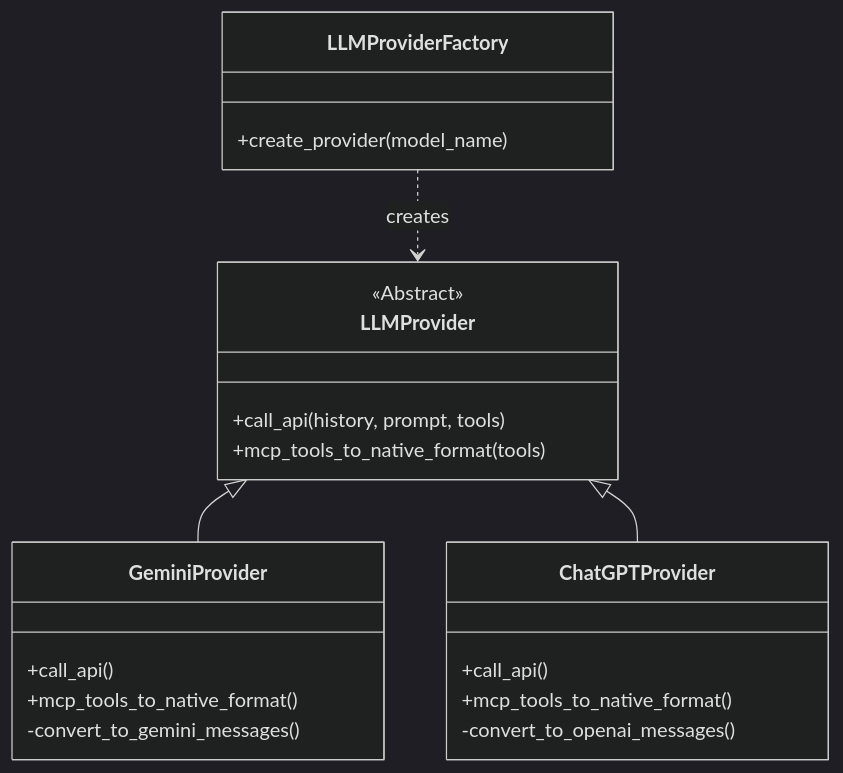
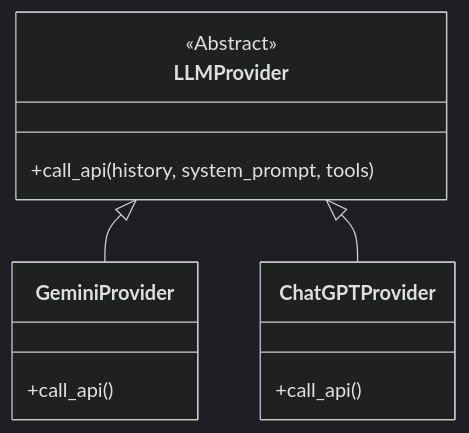
One commit to aoitan/multi-llm-chat changed the first of 2 diagrams in doc/architecture/infrastructure_layer.md. Above: the diagram before and after it, drawn with Mermaid (dark theme). The commit also changed 2 other files, not shown here.

Commit message:
docs: PRレビュー指摘対応 - 図と記述の修正

````diff
--- a/doc/architecture/infrastructure_layer.md
+++ b/doc/architecture/infrastructure_layer.md
@@ -13,28 +13,19 @@
 ```mermaid
 classDiagram
     class LLMProvider {
         <<Abstract>>
-        +call_api(history, prompt, tools)
-        +mcp_tools_to_native_format(tools)
+        +call_api(history, system_prompt, tools)
     }
 
     class GeminiProvider {
         +call_api()
-        +mcp_tools_to_native_format()
-        -convert_to_gemini_messages()
     }
 
     class ChatGPTProvider {
         +call_api()
-        +mcp_tools_to_native_format()
-        -convert_to_openai_messages()
     }
     
-    class LLMProviderFactory {
-        +create_provider(model_name)
-    }
-
+    %% create_provider is a module-level factory function
     LLMProvider <|-- GeminiProvider
     LLMProvider <|-- ChatGPTProvider
-    LLMProviderFactory ..> LLMProvider : creates
 ```
````
